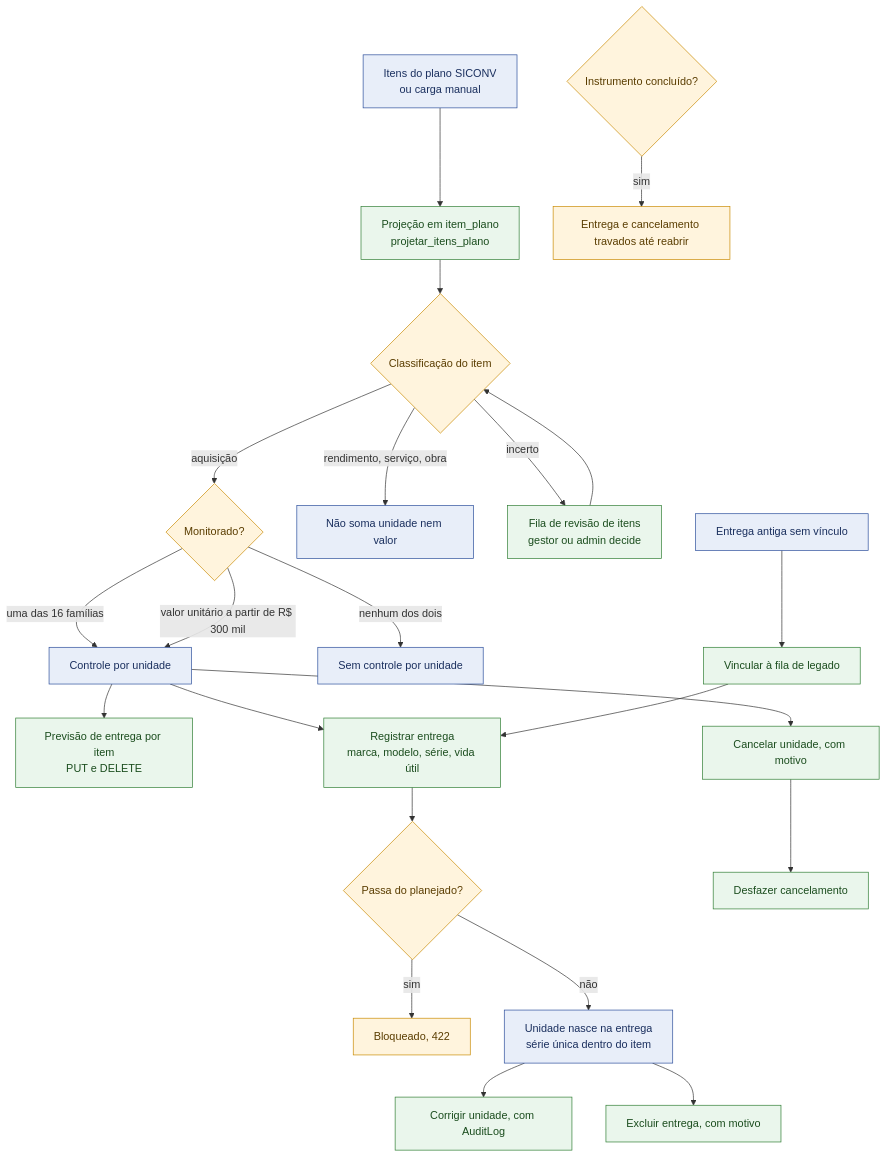
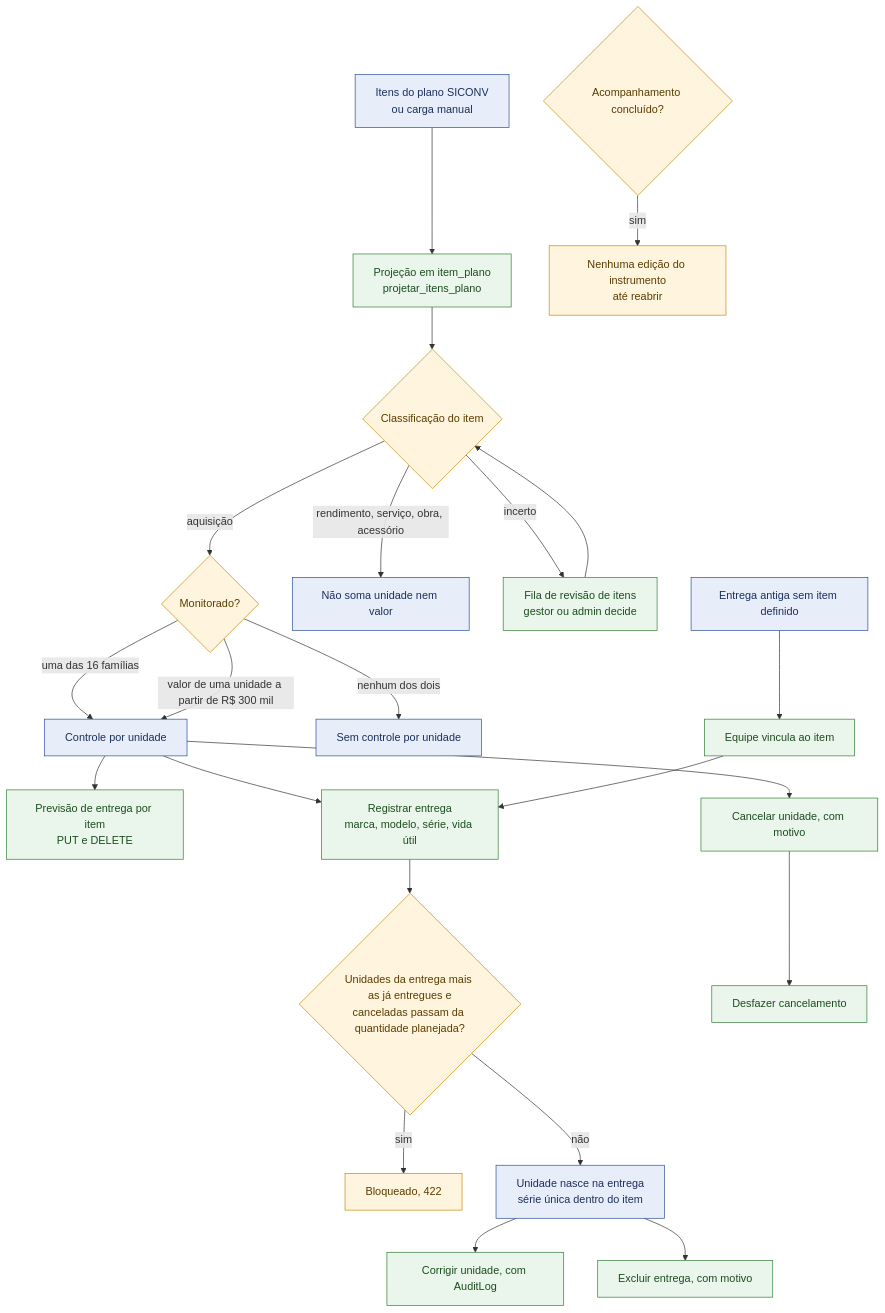
Before and after one commit to devs-ministerio/par_equipamentos: the fifth of 11 diagrams in docs/arquitetura/mapa-monitoramento-interno-2026-11-19.md, drawn with Mermaid. The commit also changed other lines of this file and 2 other files, not shown here.

Commit message:
docs: mapa do monitoramento (revisão 2) e trava de edição no instrumento concluído

````diff
--- a/docs/arquitetura/mapa-monitoramento-interno-2026-11-19.md
+++ b/docs/arquitetura/mapa-monitoramento-interno-2026-11-19.md
@@ -98,28 +139,28 @@
 ```mermaid
 flowchart TB
     classDef dado fill:#E8EEF9,stroke:#2A4D9B,color:#1a2f5e
     classDef acao fill:#EAF6EC,stroke:#2E7D32,color:#1b4d1e
     classDef regra fill:#FFF4DD,stroke:#C98A00,color:#5a3d00
 
     SICONV["Itens do plano SICONV<br/>ou carga manual"]:::dado --> PROJ["Projeção em item_plano<br/>projetar_itens_plano"]:::acao
     PROJ --> CLASS{"Classificação do item"}:::regra
     CLASS -->|"aquisição"| MON{"Monitorado?"}:::regra
-    CLASS -->|"rendimento, serviço, obra"| FORA["Não soma unidade nem valor"]:::dado
+    CLASS -->|"rendimento, serviço, obra, acessório"| FORA["Não soma unidade nem valor"]:::dado
     CLASS -->|"incerto"| FILA["Fila de revisão de itens<br/>gestor ou admin decide"]:::acao
     FILA --> CLASS
     MON -->|"uma das 16 famílias"| SIM["Controle por unidade"]:::dado
-    MON -->|"valor unitário a partir de R$ 300 mil"| SIM
+    MON -->|"valor de uma unidade a partir de R$ 300 mil"| SIM
     MON -->|"nenhum dos dois"| NAO["Sem controle por unidade"]:::dado
 
     SIM --> PREV["Previsão de entrega por item<br/>PUT e DELETE"]:::acao
     SIM --> ENT["Registrar entrega<br/>marca, modelo, série, vida útil"]:::acao
-    ENT --> LIM{"Passa do planejado?"}:::regra
+    ENT --> LIM{"Unidades da entrega mais as já entregues e<br/>canceladas passam da quantidade planejada?"}:::regra
     LIM -->|"sim"| BLOQ["Bloqueado, 422"]:::regra
     LIM -->|"não"| UNI["Unidade nasce na entrega<br/>série única dentro do item"]:::dado
     UNI --> CORR["Corrigir unidade, com AuditLog"]:::acao
     UNI --> EXC["Excluir entrega, com motivo"]:::acao
     SIM --> CANC["Cancelar unidade, com motivo"]:::acao
     CANC --> DESF["Desfazer cancelamento"]:::acao
-    LEG["Entrega antiga sem vínculo"]:::dado --> VINC["Vincular à fila de legado"]:::acao --> ENT
-    CONC{"Instrumento concluído?"}:::regra -->|"sim"| TRAVA["Entrega e cancelamento travados até reabrir"]:::regra
+    LEG["Entrega antiga sem item definido"]:::dado --> VINC["Equipe vincula ao item"]:::acao --> ENT
+    CONC{"Acompanhamento concluído?"}:::regra -->|"sim"| TRAVA["Nenhuma edição do instrumento<br/>até reabrir"]:::regra
 ```
````
